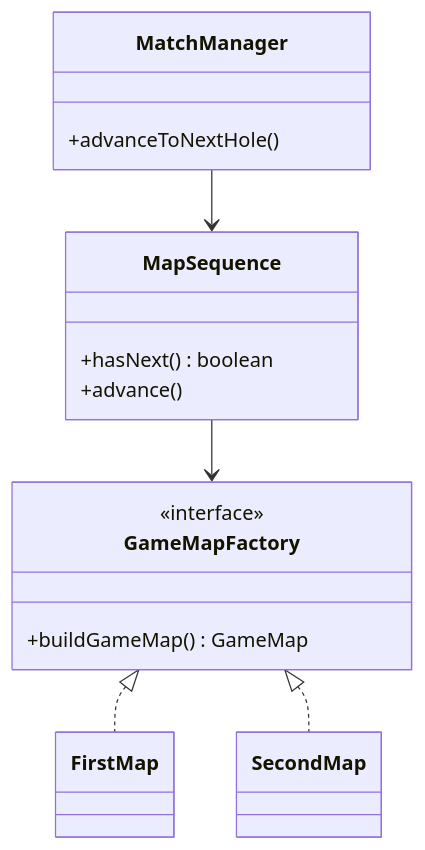
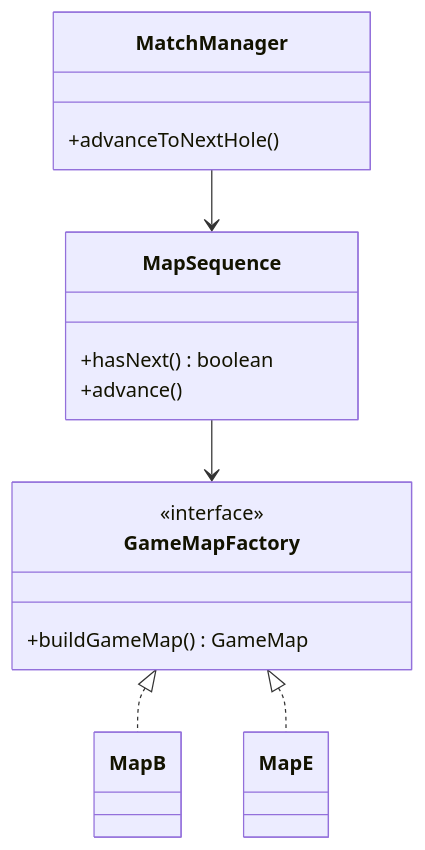
Before and after one commit to jjacomo/OOP25-mini-gOOlf: the seventh of 10 diagrams in notes/report/report.md, drawn with Mermaid. The commit also changed other lines of this file, not shown here.

````diff
--- a/notes/report/report.md
+++ b/notes/report/report.md
@@ -386,21 +390,21 @@
 ```mermaid
 classDiagram
     class GameMapFactory {
         <<interface>>
         +buildGameMap() GameMap
     }
     class MatchManager {
         +advanceToNextHole()
     }
     class MapSequence {
         +hasNext() boolean
         +advance()
     }
-    class FirstMap
-    class SecondMap
+    class MapB
+    class MapE
 
     MatchManager --> MapSequence
     MapSequence --> GameMapFactory
-    GameMapFactory <|.. FirstMap
-    GameMapFactory <|.. SecondMap
+    GameMapFactory <|.. MapB
+    GameMapFactory <|.. MapE
 ```
````
